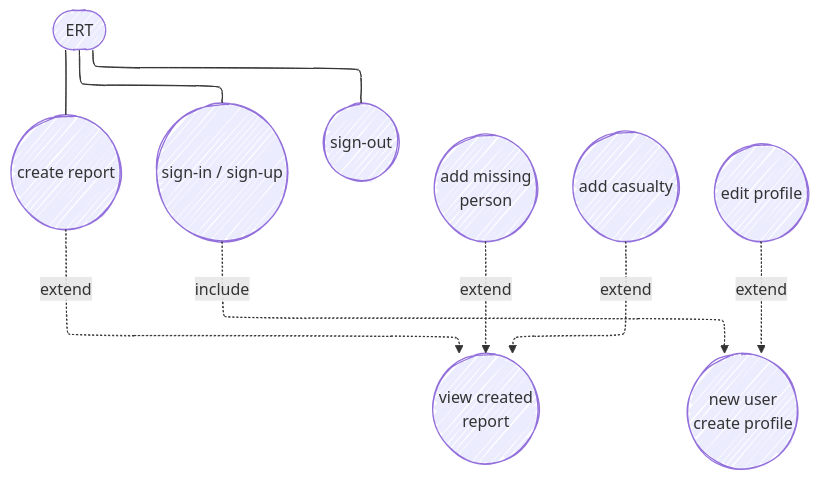
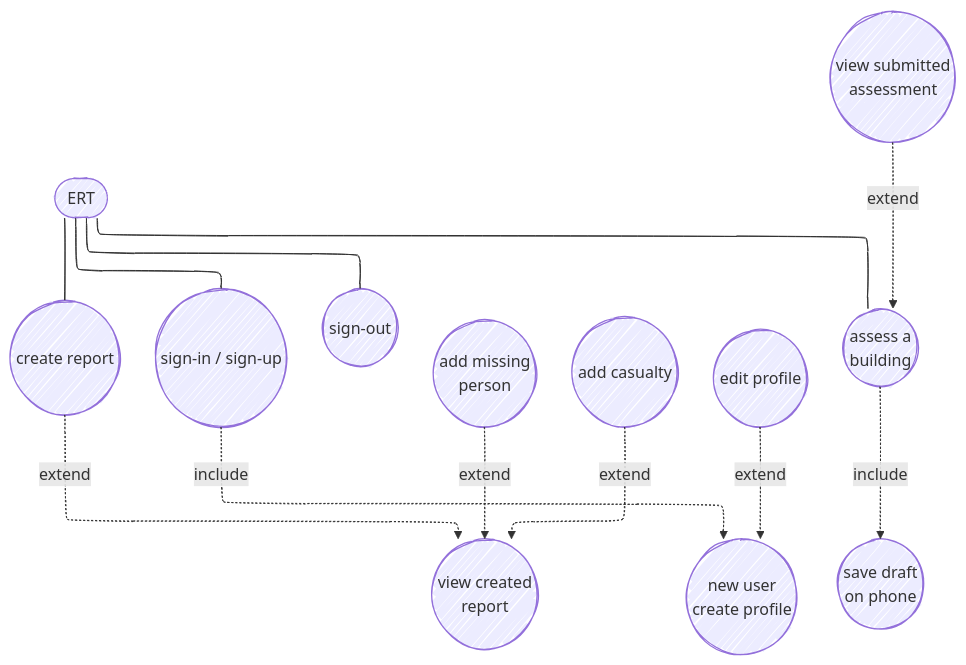
One commit to bruhhhyannnn/drrmh-irs changed the sixth of 21 diagrams in README.md. Above: the diagram before and after it, drawn with Mermaid. The commit also changed other lines of this file and 3 other files, not shown here.

````diff
--- a/README.md
+++ b/README.md
@@ -359,15 +361,18 @@
 ```mermaid
 ---
 config:
   layout: elk
   look: handDrawn
   theme: default
 ---
 flowchart TB
     Actor(["ERT"]) --- UC_CreateReport(("create report")) & UC_SignIn(("sign-in / sign-up")) & UC_SignOut(("sign-out"))
     UC_CreateReport -. extend .-> UC_ViewReport(("view created<br>report"))
     UC_AddMissing(("add missing<br>person")) -. extend .-> UC_ViewReport
     UC_AddCasualty(("add casualty")) -. extend .-> UC_ViewReport
     UC_SignIn -. include .-> UC_NewProfile(("new user<br>create profile"))
     UC_EditProfile(("edit profile")) -. extend .-> UC_NewProfile
+    Actor --- UC_Assess(("assess a<br>building"))
+    UC_Assess -. include .-> UC_Draft(("save draft<br>on phone"))
+    UC_ViewAssessment(("view submitted<br>assessment")) -. extend .-> UC_Assess
 ```
````
